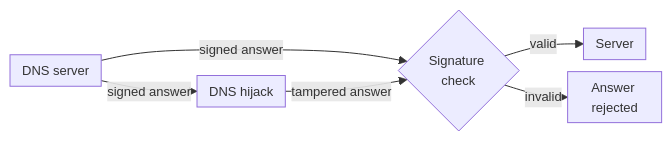
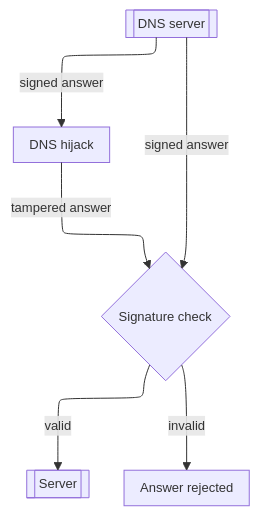
One commit to aziontech/docs changed the sixth of 6 diagrams in apps/docs/src/content/docs/en/pages/secure/edge-dns/how-it-works.mdx. Above: the diagram before and after it, drawn with Mermaid. The commit also changed other lines of this file and 179 other files, not shown here.

Commit message:
docs(diagrams): redraw every other diagram in the use-case diagram style (#2513)

````diff
--- a/apps/docs/src/content/docs/en/pages/secure/edge-dns/how-it-works.mdx
+++ b/apps/docs/src/content/docs/en/pages/secure/edge-dns/how-it-works.mdx
@@ -139,9 +139,9 @@
 ```mermaid
-%%{init: {"layout": "dagre", "themeVariables": {"fontSize": "13px"}, "flowchart": {"nodeSpacing": 12, "rankSpacing": 12, "padding": 6, "wrappingWidth": 70, "minNodeWidth": 40, "useMaxWidth": true}}}%%
-flowchart LR
-  Dns["DNS server"] -->|"signed answer"| Check{"Signature check"}
+%%{init: {"layout": "elk", "themeVariables": {"fontSize": "13px"}, "flowchart": {"nodeSpacing": 24, "rankSpacing": 36, "padding": 8, "wrappingWidth": 150, "useMaxWidth": true}, "sequence": {"width": 120, "actorMargin": 30, "useMaxWidth": true}}}%%
+flowchart TD
+  Dns[["DNS server"]] -->|"signed answer"| Check{"Signature check"}
   Dns -->|"signed answer"| Hij["DNS hijack"]
   Hij -->|"tampered answer"| Check
-  Check -->|"valid"| Srv["Server"]
+  Check -->|"valid"| Srv[["Server"]]
   Check -->|"invalid"| Rej["Answer rejected"]
 ```
````
